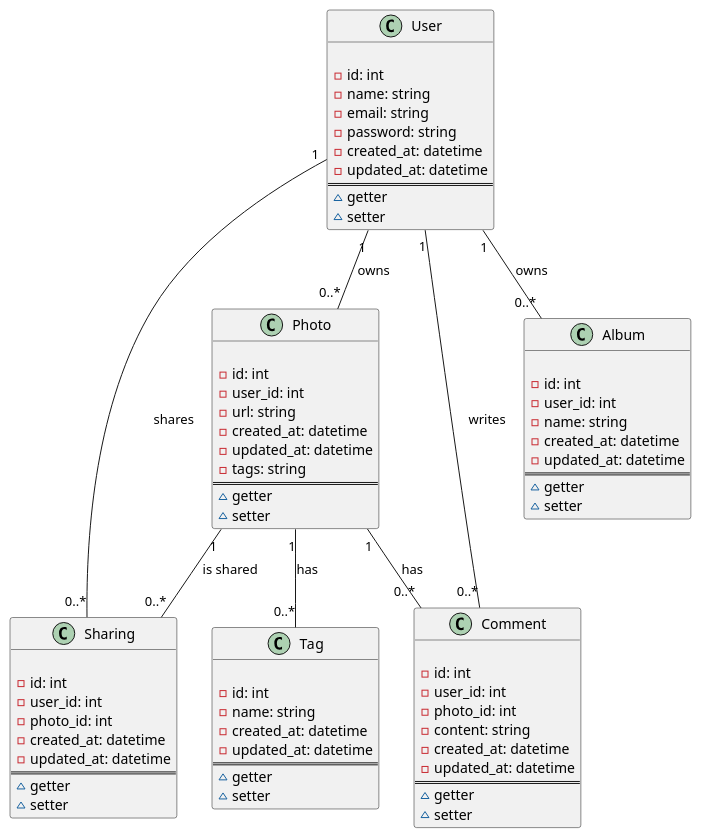
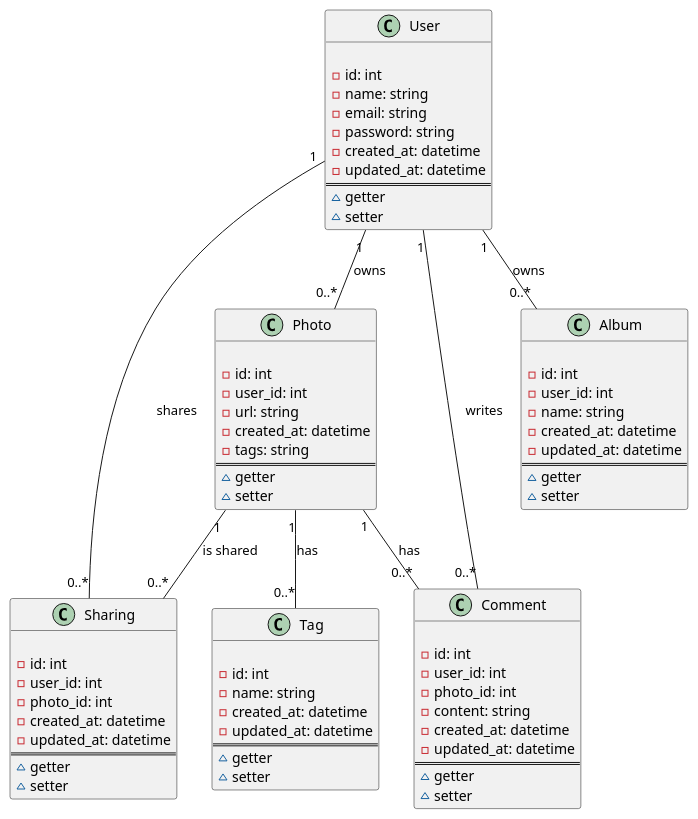
The diagram in diagrams/Entities.puml (ronan-develop/home-cloud), drawn with PlantUML before and after one commit. The commit also changed 3 other files, not shown here.

```diff
--- a/diagrams/Entities.puml
+++ b/diagrams/Entities.puml
@@ -1,85 +1,84 @@
 @startuml entities
 
 class User {
 
     - id: int
     - name: string
     - email: string
     - password: string
     - created_at: datetime
     - updated_at: datetime
 ==
     ~ getter
     ~ setter
 }
 
 class Photo {
 
     - id: int
     - user_id: int
     - url: string
     - created_at: datetime
-    - updated_at: datetime
     - tags: string
 ==
     ~ getter
     ~ setter
 }
 
 class Album {
 
     - id: int
     - user_id: int
     - name: string
     - created_at: datetime
     - updated_at: datetime
 ==
     ~ getter
     ~ setter
 }
 
 class Tag {
 
     - id: int
     - name: string
     - created_at: datetime
     - updated_at: datetime
 ==
     ~ getter
     ~ setter
 }
 
 class Comment {
 
     - id: int
     - user_id: int
     - photo_id: int
     - content: string
     - created_at: datetime
     - updated_at: datetime
 ==
     ~ getter
     ~ setter
 }
 
 class Sharing {
 
     - id: int
     - user_id: int
     - photo_id: int
     - created_at: datetime
     - updated_at: datetime
 ==
     ~ getter
     ~ setter
 }
 
 User "1" -- "0..*" Photo : owns
 User "1" -- "0..*" Album : owns
 Photo "1" -- "0..*" Tag : has
 User "1" -- "0..*" Comment : writes
 Photo "1" -- "0..*" Comment : has
 User "1" -- "0..*" Sharing : shares
 Photo "1" -- "0..*" Sharing : is shared
 
 @enduml
```
